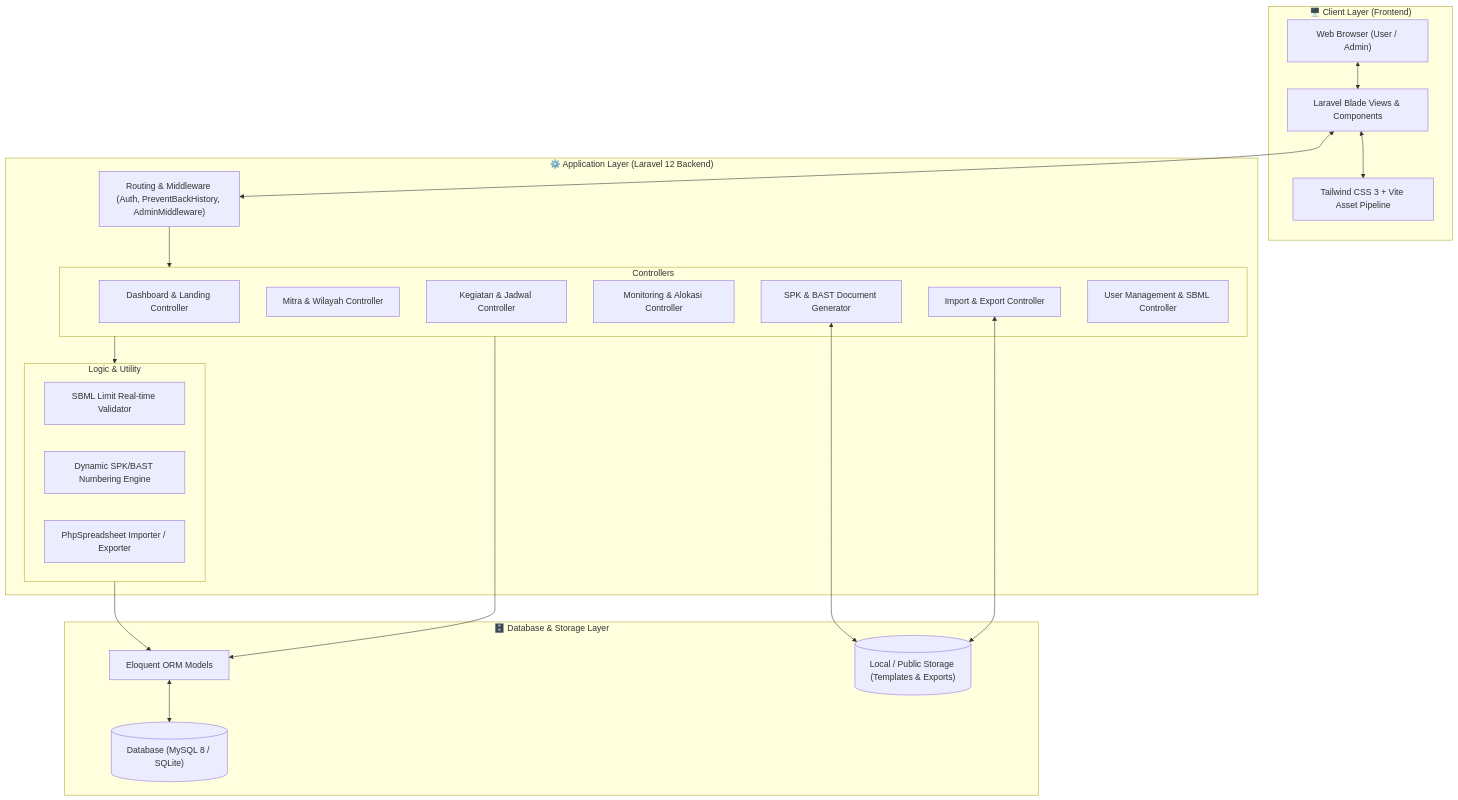
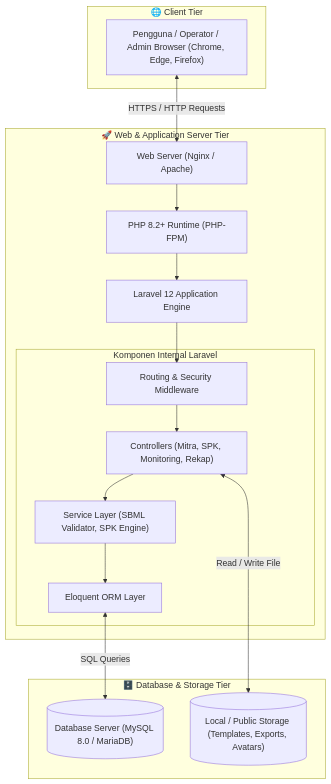
Before and after one commit to supyan1403/SIMANTRA: the eighth of 8 diagrams in README.md, drawn with Mermaid. The commit also changed other lines of this file, not shown here.

Commit message:
docs: update README with expanded system diagrams, detailed feature descriptions, and refined operational workflows.

````diff
--- a/README.md
+++ b/README.md
@@ -275,47 +522,35 @@
 ```mermaid
 graph TD
-    subgraph ClientLayer [" 🖥️ Client Layer (Frontend) "]
-        Browser["Web Browser (User / Admin)"]
-        BladeUI["Laravel Blade Views & Components"]
-        TailwindVite["Tailwind CSS 3 + Vite Asset Pipeline"]
-        Browser <--> BladeUI
-        BladeUI <--> TailwindVite
+    subgraph ClientEnv [" 🌐 Client Tier "]
+        UserClient["Pengguna / Operator / Admin Browser (Chrome, Edge, Firefox)"]
     end
 
-    subgraph AppLayer [" ⚙️ Application Layer (Laravel 12 Backend) "]
-        Router["Routing & Middleware (Auth, PreventBackHistory, AdminMiddleware)"]
+    subgraph WebServerTier [" 🚀 Web & Application Server Tier "]
+        WebServer["Web Server (Nginx / Apache)"]
+        PHPEngine["PHP 8.2+ Runtime (PHP-FPM)"]
+        LaravelApp["Laravel 12 Application Engine"]
         
-        subgraph Controllers [" Controllers "]
-            DashCtrl["Dashboard & Landing Controller"]
-            MitraCtrl["Mitra & Wilayah Controller"]
-            KegCtrl["Kegiatan & Jadwal Controller"]
-            MonCtrl["Monitoring & Alokasi Controller"]
-            SpkCtrl["SPK & BAST Document Generator"]
-            ImpExpCtrl["Import & Export Controller"]
-            AdmCtrl["User Management & SBML Controller"]
+        subgraph LaravelComponents [" Komponen Internal Laravel "]
+            RoutingMW["Routing & Security Middleware"]
+            ControllersLayer["Controllers (Mitra, SPK, Monitoring, Rekap)"]
+            ServiceLayer["Service Layer (SBML Validator, SPK Engine)"]
+            EloquentORM["Eloquent ORM Layer"]
         end
 
-        subgraph Services [" Logic & Utility "]
-            SbmlValidator["SBML Limit Real-time Validator"]
-            SpkNumbering["Dynamic SPK/BAST Numbering Engine"]
-            ExcelEngine["PhpSpreadsheet Importer / Exporter"]
-        end
-
-        Router --> Controllers
-        Controllers --> Services
+        WebServer --> PHPEngine
+        PHPEngine --> LaravelApp
+        LaravelApp --> RoutingMW
+        RoutingMW --> ControllersLayer
+        ControllersLayer --> ServiceLayer
+        ServiceLayer --> EloquentORM
     end
 
-    subgraph DataLayer [" 🗄️ Database & Storage Layer "]
-        Eloquent["Eloquent ORM Models"]
-        MySQL[("Database (MySQL 8 / SQLite)")]
-        Storage[("Local / Public Storage (Templates & Exports)")]
-        
-        Services --> Eloquent
-        Controllers --> Eloquent
-        Eloquent <--> MySQL
-        SpkCtrl <--> Storage
-        ImpExpCtrl <--> Storage
+    subgraph StorageTier [" 🗄️ Database & Storage Tier "]
+        MySQLDB[("Database Server (MySQL 8.0 / MariaDB)")]
+        FileStorage[("Local / Public Storage (Templates, Exports, Avatars)")]
     end
 
-    BladeUI <--> Router
+    UserClient <-->|HTTPS / HTTP Requests| WebServer
+    EloquentORM <-->|SQL Queries| MySQLDB
+    ControllersLayer <-->|Read / Write File| FileStorage
 ```
````
